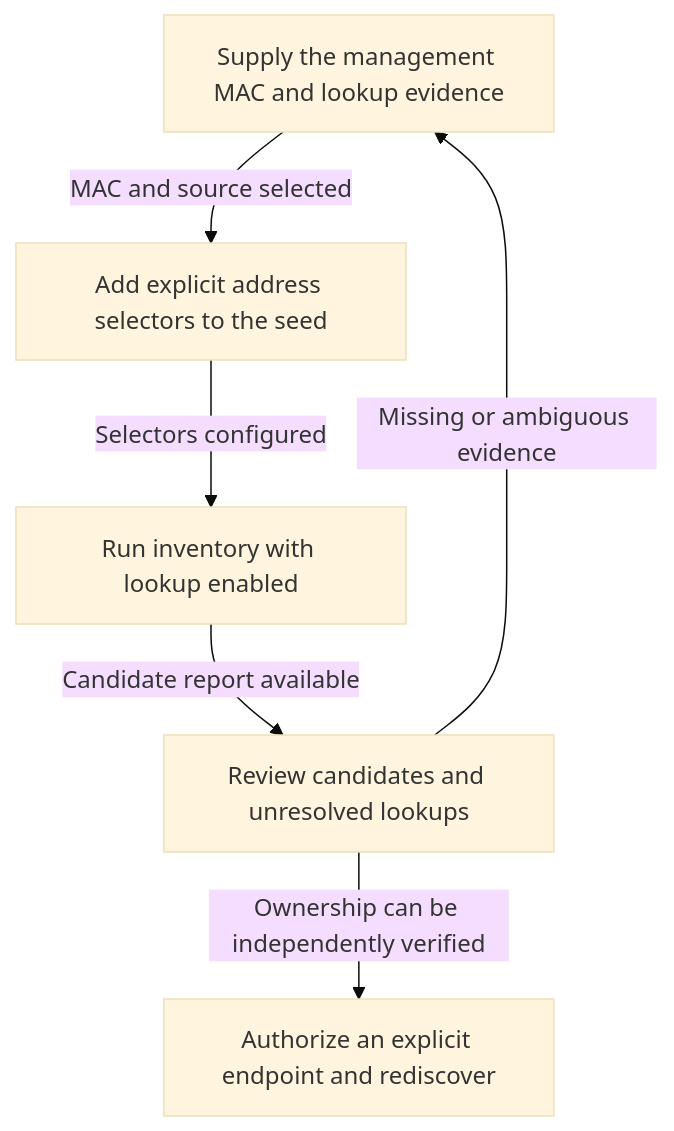
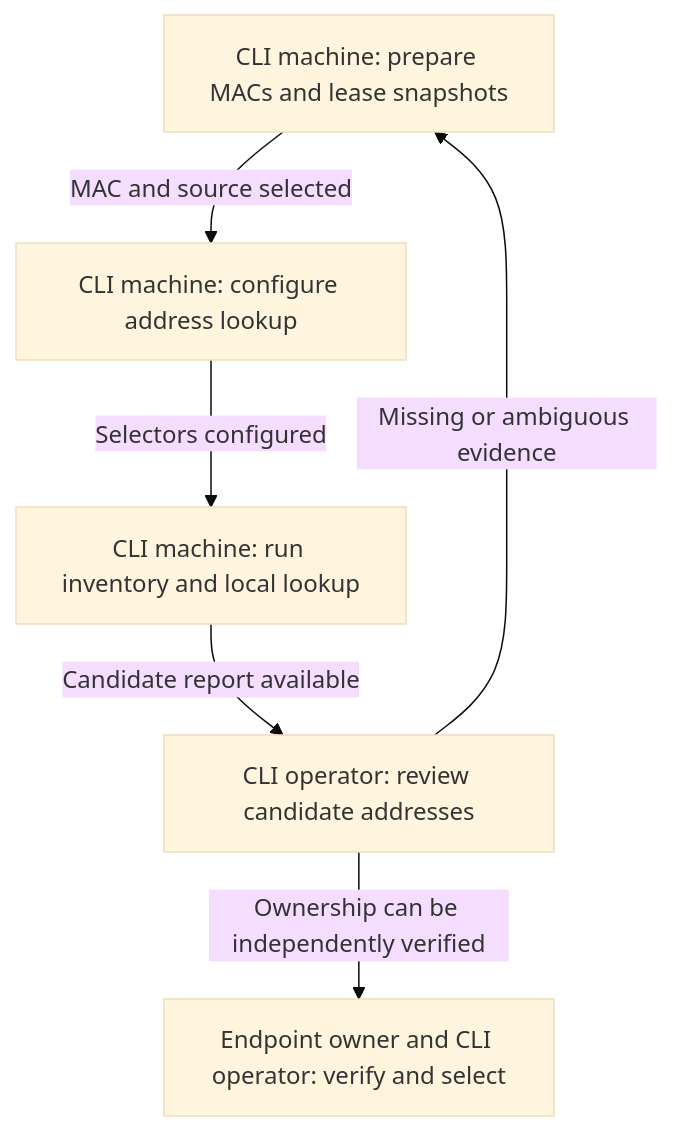
The second of 3 diagrams in docs/user/dpf-workflows.md (NVIDIA/k8s-launch-kit), drawn with Mermaid (base theme) before and after one commit. The commit also changed other lines of this file and 38 other files, not shown here.

````diff
--- a/docs/user/dpf-workflows.md
+++ b/docs/user/dpf-workflows.md
@@ -138,13 +217,13 @@
 ```mermaid
 flowchart TD
-  n1["Supply the management MAC and lookup evidence"]
-  n2["Add explicit address selectors to the seed"]
-  n3["Run inventory with lookup enabled"]
-  n4["Review candidates and unresolved lookups"]
-  n5["Authorize an explicit endpoint and rediscover"]
+  n1["CLI machine: prepare MACs and lease snapshots"]
+  n2["CLI machine: configure address lookup"]
+  n3["CLI machine: run inventory and local lookup"]
+  n4["CLI operator: review candidate addresses"]
+  n5["Endpoint owner and CLI operator: verify and select"]
   n1 -->|"MAC and source selected"| n2
   n2 -->|"Selectors configured"| n3
   n3 -->|"Candidate report available"| n4
   n4 -->|"Ownership can be independently verified"| n5
   n4 -->|"Missing or ambiguous evidence"| n1
 ```
````
